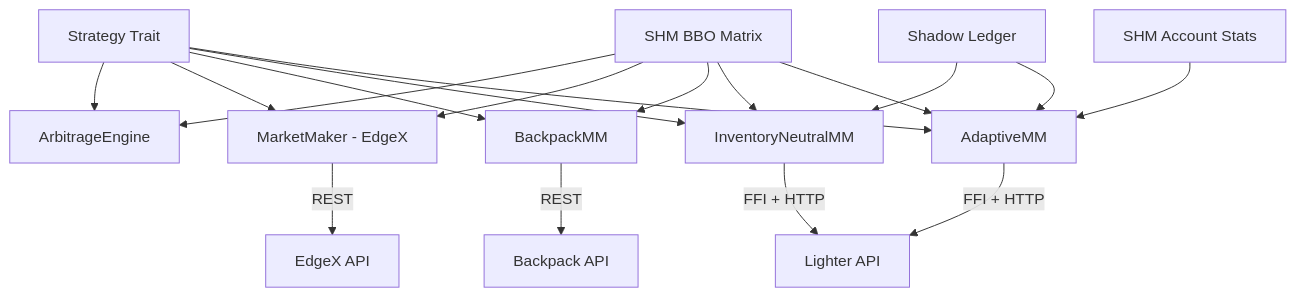
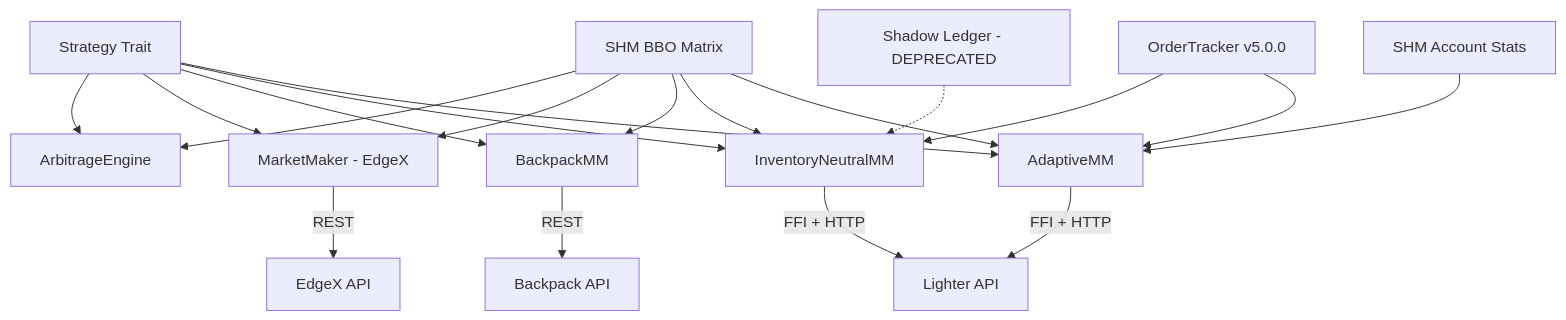
The diagram in src/strategy/CLAUDE.md (AlephTX/aleph-tx), drawn with Mermaid before and after one commit. The commit also changed other lines of this file and 27 other files, not shown here.

First line of the commit message:
refactor: v5.0.0 code review cleanup + OrderTracker migration

````diff
--- a/src/strategy/CLAUDE.md
+++ b/src/strategy/CLAUDE.md
@@ -35,16 +35,17 @@
 ```mermaid
 graph TD
     TRAIT[Strategy Trait] --> ARB[ArbitrageEngine]
     TRAIT --> MM[MarketMaker - EdgeX]
     TRAIT --> BPM[BackpackMM]
     TRAIT --> LMM[InventoryNeutralMM]
     TRAIT --> AMM[AdaptiveMM]
 
     SHM[SHM BBO Matrix] --> ARB & MM & BPM & LMM & AMM
     ACC[SHM Account Stats] --> AMM
-    SL[Shadow Ledger] --> LMM & AMM
+    OT[OrderTracker v5.0.0] --> LMM & AMM
+    SL[Shadow Ledger - DEPRECATED] -.-> LMM
 
     LMM & AMM -->|FFI + HTTP| LIGHTER[Lighter API]
     MM -->|REST| EDGEX[EdgeX API]
     BPM -->|REST| BACKPACK[Backpack API]
 ```
````
